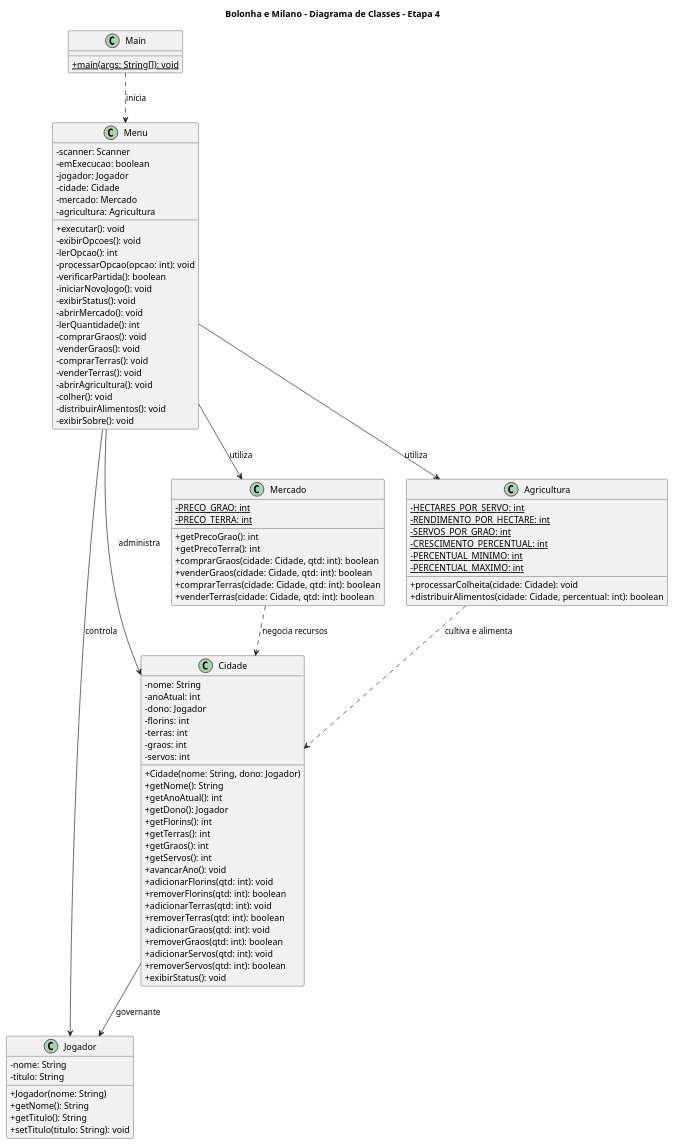
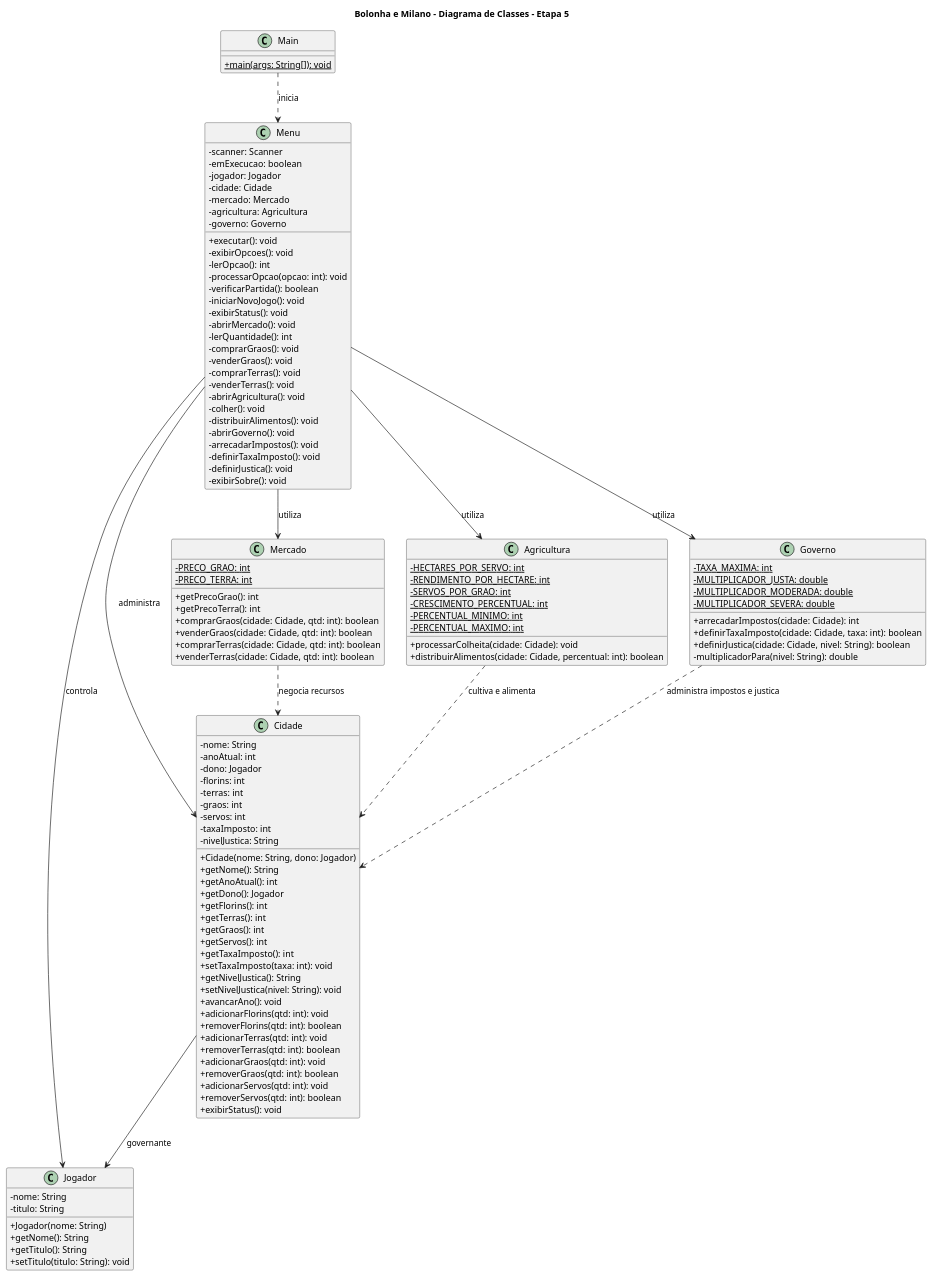
Before and after one commit to logalfran/projeto-bolonha-e-milano: the diagram in uml/Diagrama-de-classes.puml, drawn with PlantUML. The commit also changed 4 other files, not shown here.

Commit message:
Etapa 5: impostos, governo e diagramas UML

```diff
--- a/uml/Diagrama-de-classes.puml
+++ b/uml/Diagrama-de-classes.puml
@@ -1,111 +1,139 @@
 @startuml
-title Bolonha e Milano - Diagrama de Classes - Etapa 4
+title Bolonha e Milano - Diagrama de Classes - Etapa 5
 
 skinparam classAttributeIconSize 0
 
 class Main {
     + {static} main(args: String[]): void
 }
 
 class Menu {
     - scanner: Scanner
     - emExecucao: boolean
     - jogador: Jogador
     - cidade: Cidade
     - mercado: Mercado
     - agricultura: Agricultura
+    - governo: Governo
 
     + executar(): void
     - exibirOpcoes(): void
     - lerOpcao(): int
     - processarOpcao(opcao: int): void
     - verificarPartida(): boolean
     - iniciarNovoJogo(): void
     - exibirStatus(): void
     - abrirMercado(): void
     - lerQuantidade(): int
     - comprarGraos(): void
     - venderGraos(): void
     - comprarTerras(): void
     - venderTerras(): void
     - abrirAgricultura(): void
     - colher(): void
     - distribuirAlimentos(): void
+    - abrirGoverno(): void
+    - arrecadarImpostos(): void
+    - definirTaxaImposto(): void
+    - definirJustica(): void
     - exibirSobre(): void
 }
 
 class Jogador {
     - nome: String
     - titulo: String
 
     + Jogador(nome: String)
     + getNome(): String
     + getTitulo(): String
     + setTitulo(titulo: String): void
 }
 
 class Cidade {
     - nome: String
     - anoAtual: int
     - dono: Jogador
     - florins: int
     - terras: int
     - graos: int
     - servos: int
+    - taxaImposto: int
+    - nivelJustica: String
 
     + Cidade(nome: String, dono: Jogador)
     + getNome(): String
     + getAnoAtual(): int
     + getDono(): Jogador
     + getFlorins(): int
     + getTerras(): int
     + getGraos(): int
     + getServos(): int
+    + getTaxaImposto(): int
+    + setTaxaImposto(taxa: int): void
+    + getNivelJustica(): String
+    + setNivelJustica(nivel: String): void
     + avancarAno(): void
     + adicionarFlorins(qtd: int): void
     + removerFlorins(qtd: int): boolean
     + adicionarTerras(qtd: int): void
     + removerTerras(qtd: int): boolean
     + adicionarGraos(qtd: int): void
     + removerGraos(qtd: int): boolean
     + adicionarServos(qtd: int): void
     + removerServos(qtd: int): boolean
     + exibirStatus(): void
 }
 
 class Mercado {
     - {static} PRECO_GRAO: int
     - {static} PRECO_TERRA: int
 
     + getPrecoGrao(): int
     + getPrecoTerra(): int
     + comprarGraos(cidade: Cidade, qtd: int): boolean
     + venderGraos(cidade: Cidade, qtd: int): boolean
     + comprarTerras(cidade: Cidade, qtd: int): boolean
     + venderTerras(cidade: Cidade, qtd: int): boolean
 }
 
 class Agricultura {
     - {static} HECTARES_POR_SERVO: int
     - {static} RENDIMENTO_POR_HECTARE: int
     - {static} SERVOS_POR_GRAO: int
     - {static} CRESCIMENTO_PERCENTUAL: int
     - {static} PERCENTUAL_MINIMO: int
     - {static} PERCENTUAL_MAXIMO: int
 
     + processarColheita(cidade: Cidade): void
     + distribuirAlimentos(cidade: Cidade, percentual: int): boolean
 }
 
+' Nova classe da Etapa 5
+class Governo {
+    - {static} TAXA_MAXIMA: int
+    - {static} MULTIPLICADOR_JUSTA: double
+    - {static} MULTIPLICADOR_MODERADA: double
+    - {static} MULTIPLICADOR_SEVERA: double
+
+    + arrecadarImpostos(cidade: Cidade): int
+    + definirTaxaImposto(cidade: Cidade, taxa: int): boolean
+    + definirJustica(cidade: Cidade, nivel: String): boolean
+    - multiplicadorPara(nivel: String): double
+}
+
 ' Relacionamentos entre as classes
 Main ..> Menu : inicia
+
 Menu --> Jogador : controla
 Menu --> Cidade : administra
 Menu --> Mercado : utiliza
 Menu --> Agricultura : utiliza
+Menu --> Governo : utiliza
 
 Cidade --> Jogador : governante
+
 Mercado ..> Cidade : negocia recursos
 Agricultura ..> Cidade : cultiva e alimenta
+Governo ..> Cidade : administra impostos e justica
 
 @enduml
```
